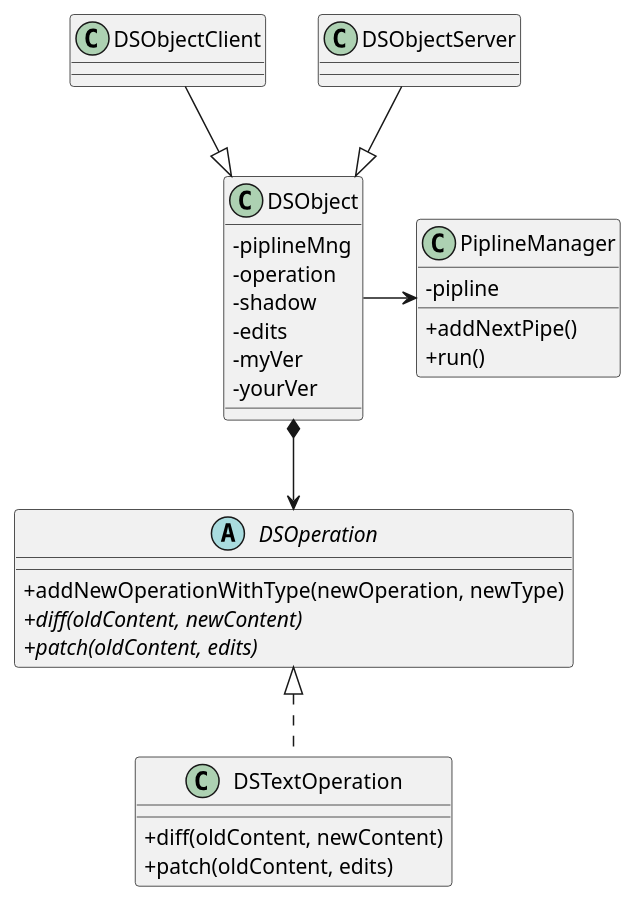
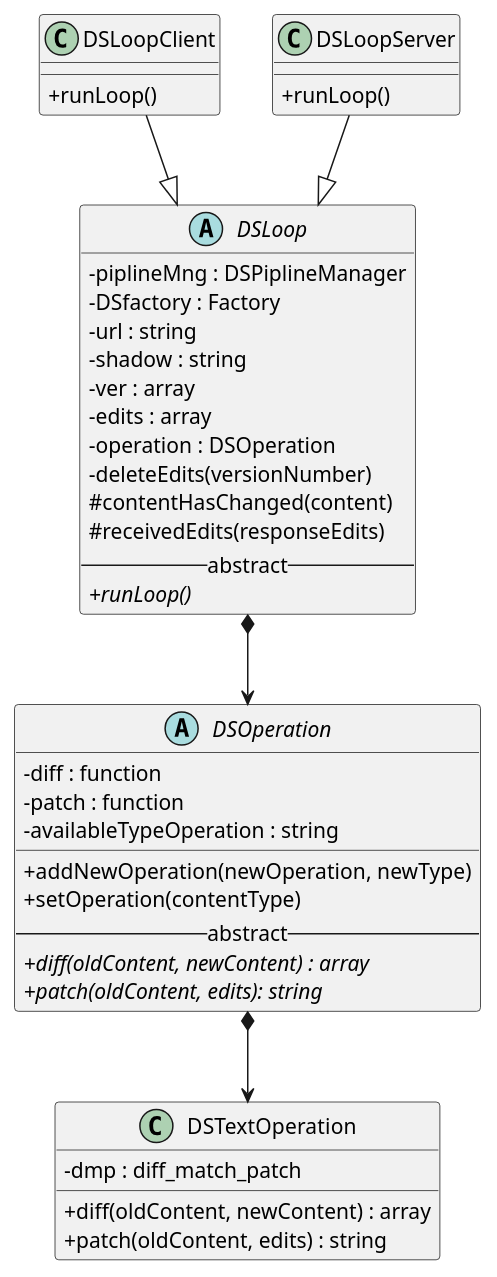
Before and after one commit to Yeonjj/Diff-Sync: the diagram in doc/classUml.plantuml, drawn with PlantUML. The commit also changed 2 other files, not shown here.

```diff
--- a/doc/classUml.plantuml
+++ b/doc/classUml.plantuml
@@ -1,46 +1,52 @@
 @startuml
 skinparam classAttributeIconSize 0
 
+
 abstract class DSOperation {
-+addNewOperationWithType(newOperation, newType)
-{abstract}+diff(oldContent, newContent)
-{abstract}+patch(oldContent, edits)
+-diff : function
+-patch : function
+-availableTypeOperation : string
+__
++addNewOperation(newOperation, newType) 
++setOperation(contentType)
+--abstract--
+{abstract}+diff(oldContent, newContent) : array
+{abstract}+patch(oldContent, edits): string
 }
 
 class DSTextOperation{
-+diff(oldContent, newContent)
-+patch(oldContent, edits)
+-dmp : diff_match_patch
++diff(oldContent, newContent) : array
++patch(oldContent, edits) : string
 }
 
-
-
-class PiplineManager {
--pipline
-+addNextPipe()
-+run()
+abstract class DSLoop{
+-piplineMng : DSPiplineManager
+-DSfactory : Factory
+-url : string
+-shadow : string
+-ver : array
+-edits : array
+-operation : DSOperation
+-deleteEdits(versionNumber)
+#contentHasChanged(content)
+#receivedEdits(responseEdits)
+--abstract--
+{abstract}+runLoop()
 }
 
-class DSObject {
--piplineMng
--operation
--shadow
--edits
--myVer
--yourVer
+class DSLoopClient {
++runLoop()
 }
 
-class DSObjectClient {
-
+class DSLoopServer {
++runLoop()
 }
 
-class DSObjectServer {
+DSLoop *--> DSOperation
+DSLoopClient --|> DSLoop
+DSLoopServer --|> DSLoop
 
-}
-
-DSObject -> PiplineManager
-DSObject *--> DSOperation 
-DSObjectClient --|> DSObject
-DSObjectServer --|> DSObject
-DSOperation <|..  DSTextOperation
+DSOperation *-->  DSTextOperation
 
 @enduml
```
